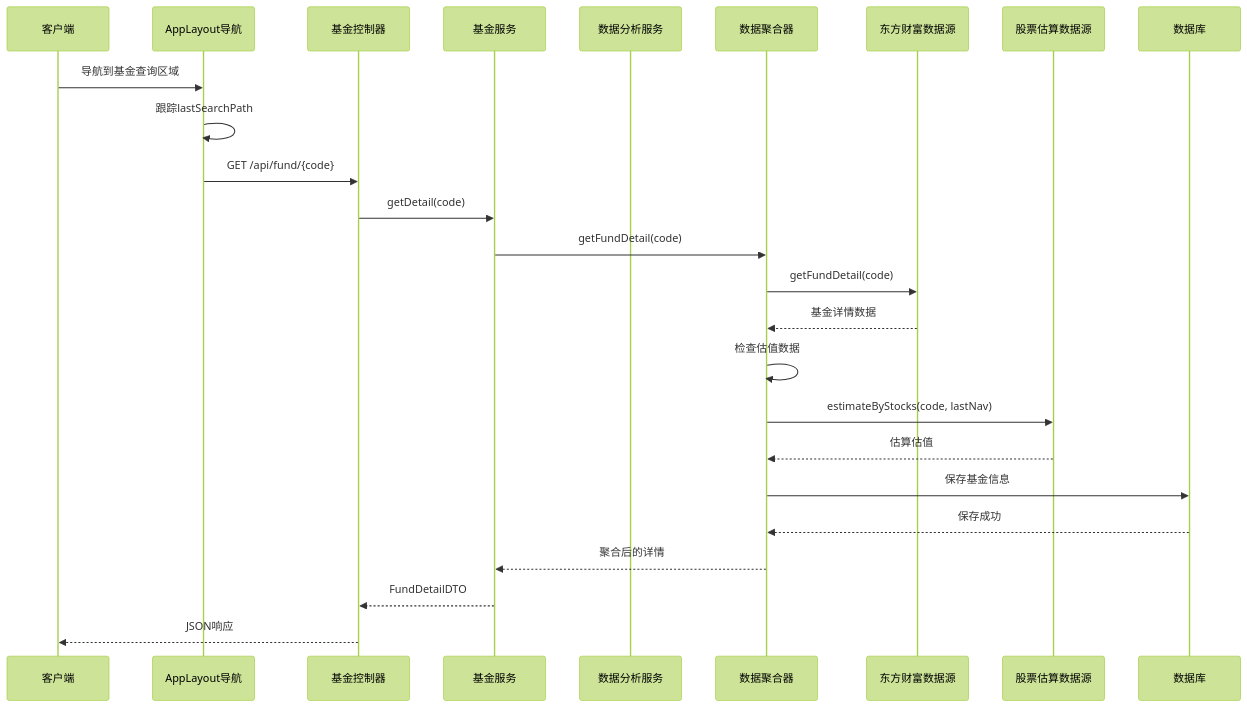
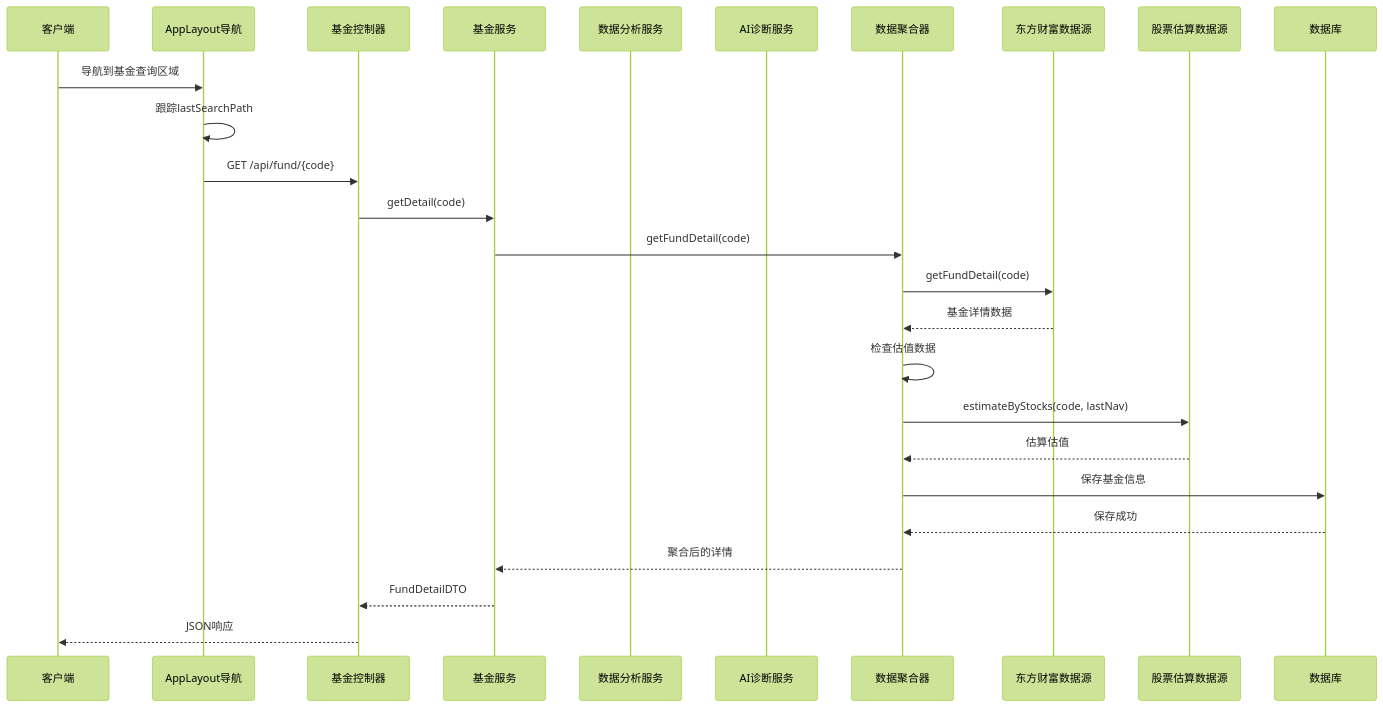
The second of 14 diagrams in .qoder/repowiki/zh/content/Fund Detail Enhancement.md (gree-coder/fund-butler), drawn with Mermaid (forest theme) before and after one commit. The commit also changed other lines of this file and 22 other files, not shown here.

````diff
--- a/.qoder/repowiki/zh/content/Fund Detail Enhancement.md
+++ b/.qoder/repowiki/zh/content/Fund Detail Enhancement.md
@@ -229,27 +261,28 @@
 ```mermaid
 sequenceDiagram
 participant Client as 客户端
 participant Layout as AppLayout导航
 participant Controller as 基金控制器
 participant Service as 基金服务
 participant AnalysisService as 数据分析服务
+participant DiagnosisService as AI诊断服务
 participant Aggregator as 数据聚合器
 participant EastMoney as 东方财富数据源
 participant StockEstimate as 股票估算数据源
 participant DB as 数据库
 Client->>Layout : 导航到基金查询区域
 Layout->>Layout : 跟踪lastSearchPath
 Layout->>Controller : GET /api/fund/{code}
 Controller->>Service : getDetail(code)
 Service->>Aggregator : getFundDetail(code)
 Aggregator->>EastMoney : getFundDetail(code)
 EastMoney-->>Aggregator : 基金详情数据
 Aggregator->>Aggregator : 检查估值数据
 Aggregator->>StockEstimate : estimateByStocks(code, lastNav)
 StockEstimate-->>Aggregator : 估算估值
 Aggregator->>DB : 保存基金信息
 DB-->>Aggregator : 保存成功
 Aggregator-->>Service : 聚合后的详情
 Service-->>Controller : FundDetailDTO
 Controller-->>Client : JSON响应
 ```
````
